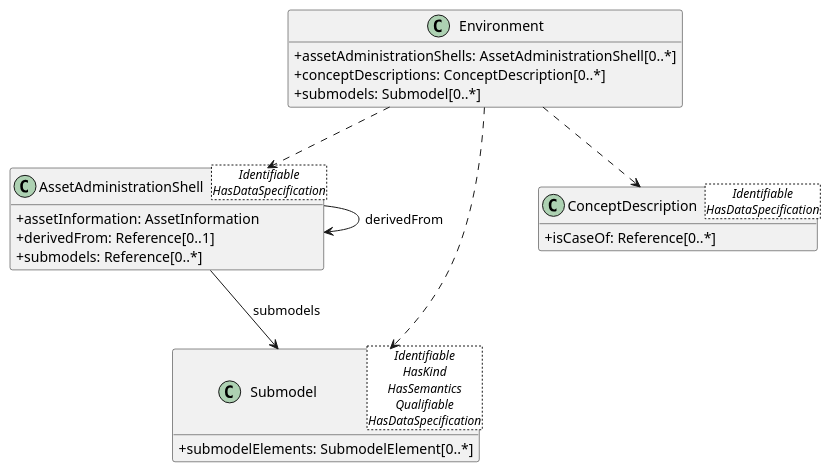
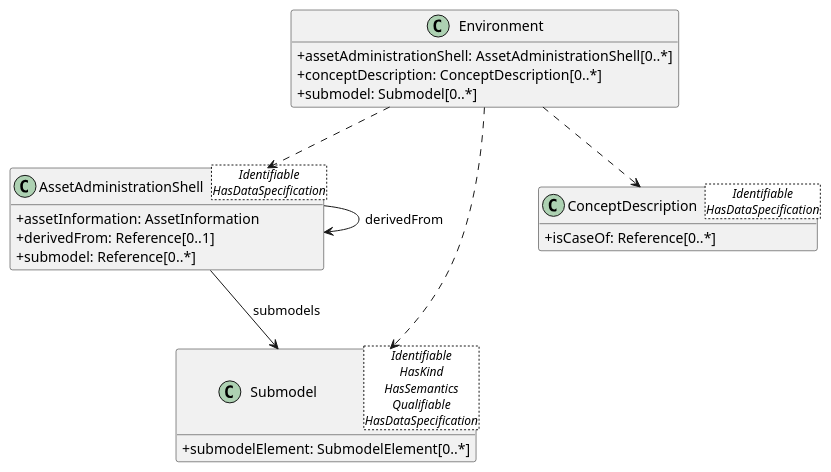
Before and after one commit to zrgt/py2puml: the diagram in output/45_Environment.puml, drawn with PlantUML. The commit also changed 52 other files, not shown here.

```diff
--- a/output/45_Environment.puml
+++ b/output/45_Environment.puml
@@ -1,26 +1,26 @@
 @startuml
 skinparam classAttributeIconSize 0
 hide methods
 
 class Environment {
-  +assetAdministrationShells: AssetAdministrationShell[0..*] 
-  +conceptDescriptions: ConceptDescription[0..*] 
-  +submodels: Submodel[0..*] 
+  +assetAdministrationShell: AssetAdministrationShell[0..*] 
+  +conceptDescription: ConceptDescription[0..*] 
+  +submodel: Submodel[0..*] 
 }
 class AssetAdministrationShell<Identifiable\nHasDataSpecification> {
   +assetInformation: AssetInformation 
   +derivedFrom: Reference[0..1] 
-  +submodels: Reference[0..*] 
+  +submodel: Reference[0..*] 
 }
 class Submodel<Identifiable\nHasKind\nHasSemantics\nQualifiable\nHasDataSpecification> {
-  +submodelElements: SubmodelElement[0..*] 
+  +submodelElement: SubmodelElement[0..*] 
 }
 class ConceptDescription<Identifiable\nHasDataSpecification> {
   +isCaseOf: Reference[0..*] 
 }
 Environment ..> AssetAdministrationShell
 Environment ..> Submodel
 Environment ..> ConceptDescription
 AssetAdministrationShell --> Submodel : submodels
 AssetAdministrationShell --> AssetAdministrationShell : derivedFrom
 @enduml
```
